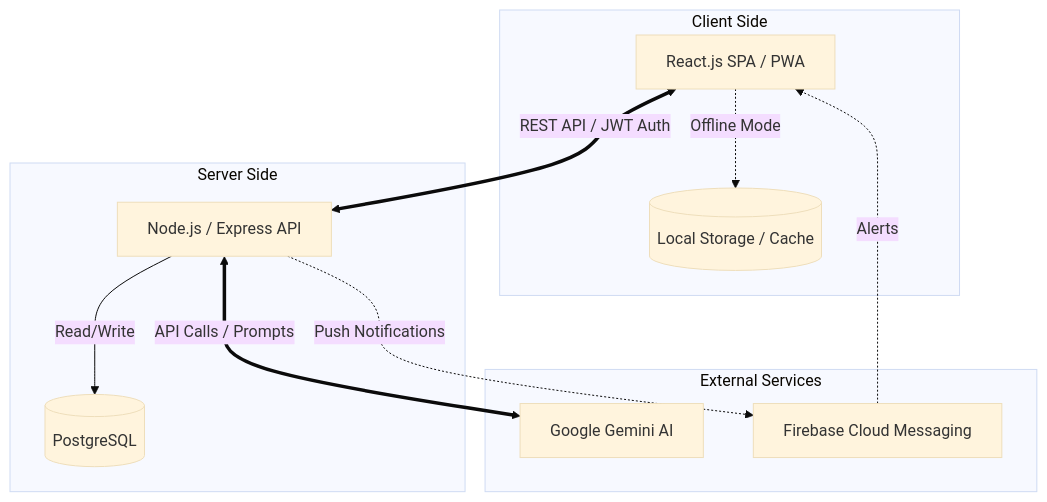
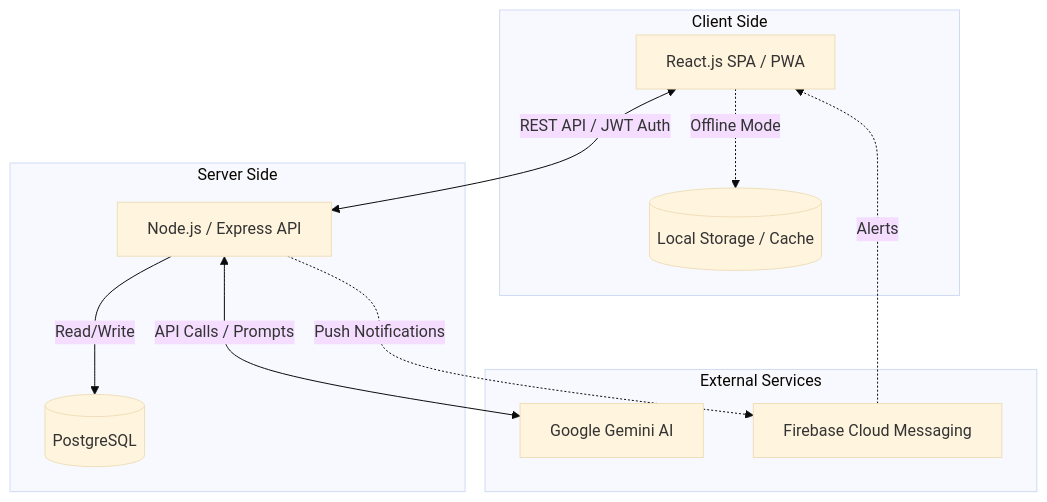
One commit to dwikrisnandi/siakad-dkn-dkn changed the first of 5 diagrams in README.md. Above: the diagram before and after it, drawn with Mermaid (base theme). The commit also changed other lines of this file, not shown here.

Commit message:
fix: resolve github mermaid syntax issues for block diagram and ERD

````diff
--- a/README.md
+++ b/README.md
@@ -29,24 +29,24 @@
 ```mermaid
-graph TD
-    subgraph Client Side
+flowchart TD
+    subgraph ClientSide [Client Side]
         Client[React.js SPA / PWA]
         LocalDB[(Local Storage / Cache)]
         Client -.->|Offline Mode| LocalDB
     end
 
-    subgraph Server Side
+    subgraph ServerSide [Server Side]
         API[Node.js / Express API]
         DB[(PostgreSQL)]
         API -->|Read/Write| DB
     end
 
-    subgraph External Services
+    subgraph ExternalServices [External Services]
         AI[Google Gemini AI]
         FCM[Firebase Cloud Messaging]
     end
 
-    Client <==>|REST API / JWT Auth| API
-    API <==>|API Calls / Prompts| AI
+    Client <-->|REST API / JWT Auth| API
+    API <-->|API Calls / Prompts| AI
     API -.->|Push Notifications| FCM
     FCM -.->|Alerts| Client
 ```
````
